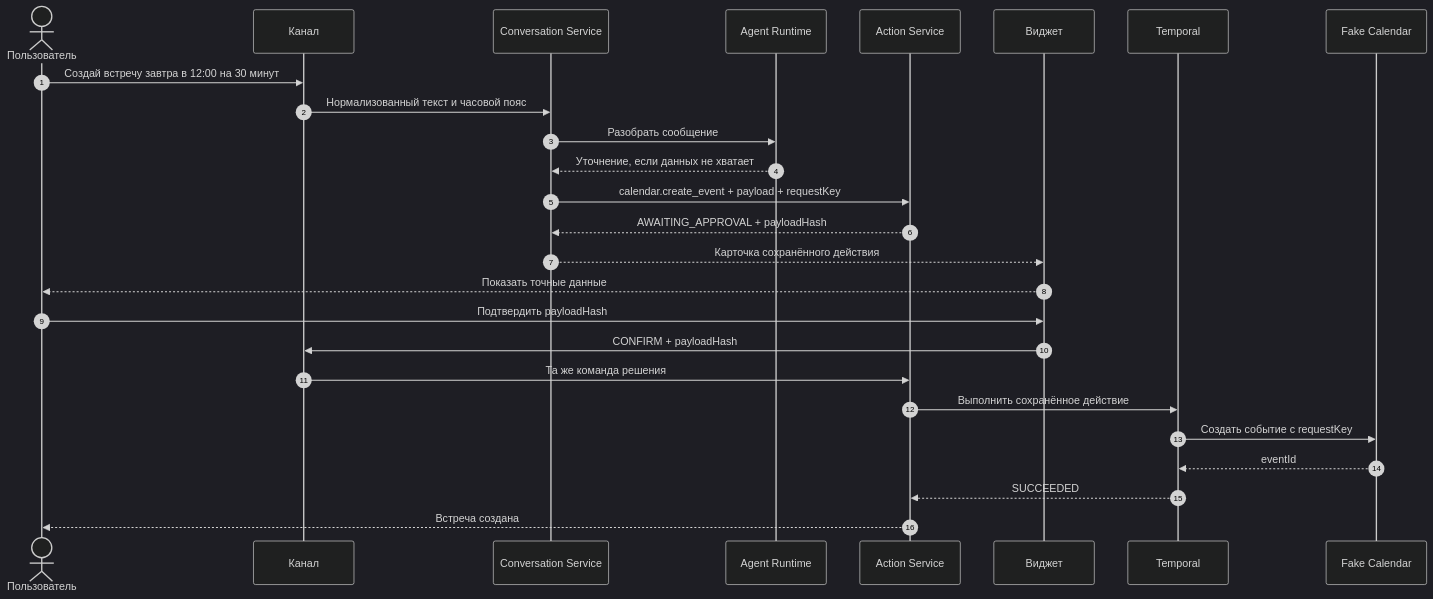
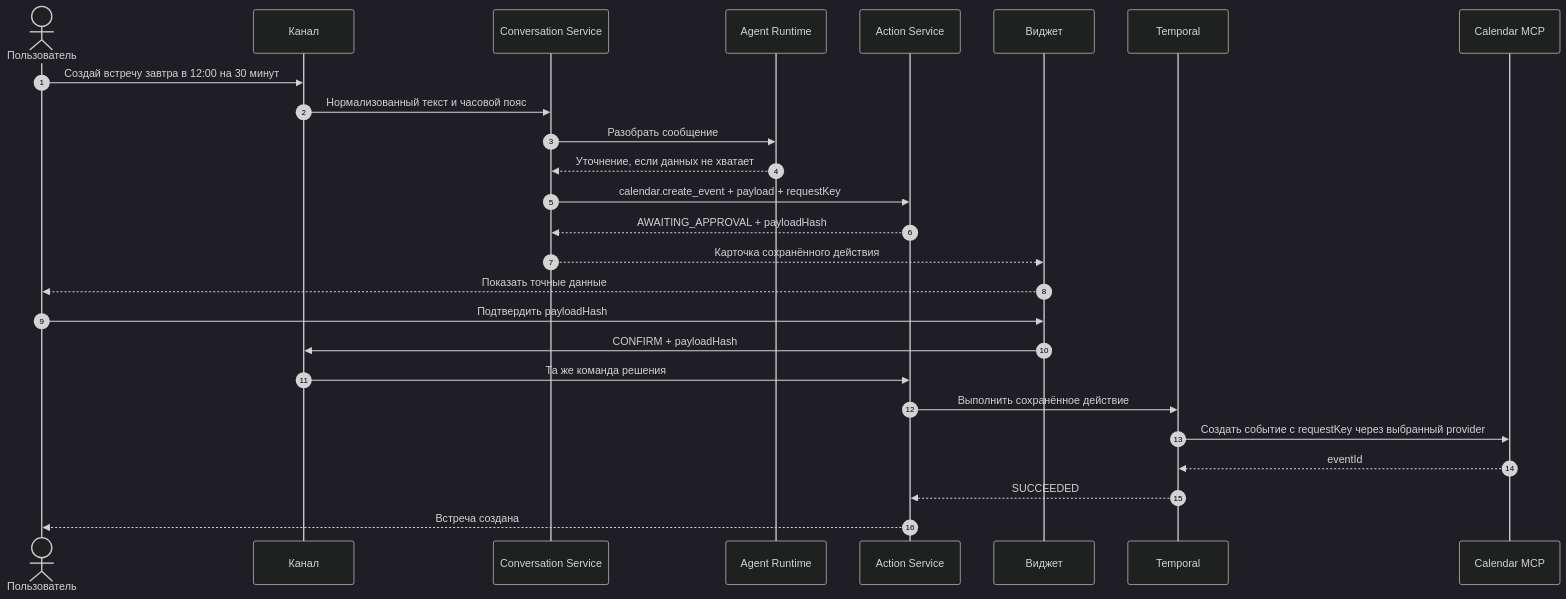
Before and after one commit to portable-agent/platform: the first of 2 diagrams in docs/product/CALENDAR_EVENT_MVP.md, drawn with Mermaid (dark theme). The commit also changed other lines of this file and 5 other files, not shown here.

````diff
--- a/docs/product/CALENDAR_EVENT_MVP.md
+++ b/docs/product/CALENDAR_EVENT_MVP.md
@@ -28,29 +28,29 @@
 ```mermaid
 sequenceDiagram
     autonumber
     actor User as Пользователь
     participant Channel as Канал
     participant Talk as Conversation Service
     participant Agent as Agent Runtime
     participant Action as Action Service
     participant Widget as Виджет
     participant Flow as Temporal
-    participant Calendar as Fake Calendar
+    participant Calendar as Calendar MCP
 
     User->>Channel: Создай встречу завтра в 12:00 на 30 минут
     Channel->>Talk: Нормализованный текст и часовой пояс
     Talk->>Agent: Разобрать сообщение
     Agent-->>Talk: Уточнение, если данных не хватает
     Talk->>Action: calendar.create_event + payload + requestKey
     Action-->>Talk: AWAITING_APPROVAL + payloadHash
     Talk-->>Widget: Карточка сохранённого действия
     Widget-->>User: Показать точные данные
     User->>Widget: Подтвердить payloadHash
     Widget->>Channel: CONFIRM + payloadHash
     Channel->>Action: Та же команда решения
     Action->>Flow: Выполнить сохранённое действие
-    Flow->>Calendar: Создать событие с requestKey
+    Flow->>Calendar: Создать событие с requestKey через выбранный provider
     Calendar-->>Flow: eventId
     Flow-->>Action: SUCCEEDED
     Action-->>User: Встреча создана
 ```
````
